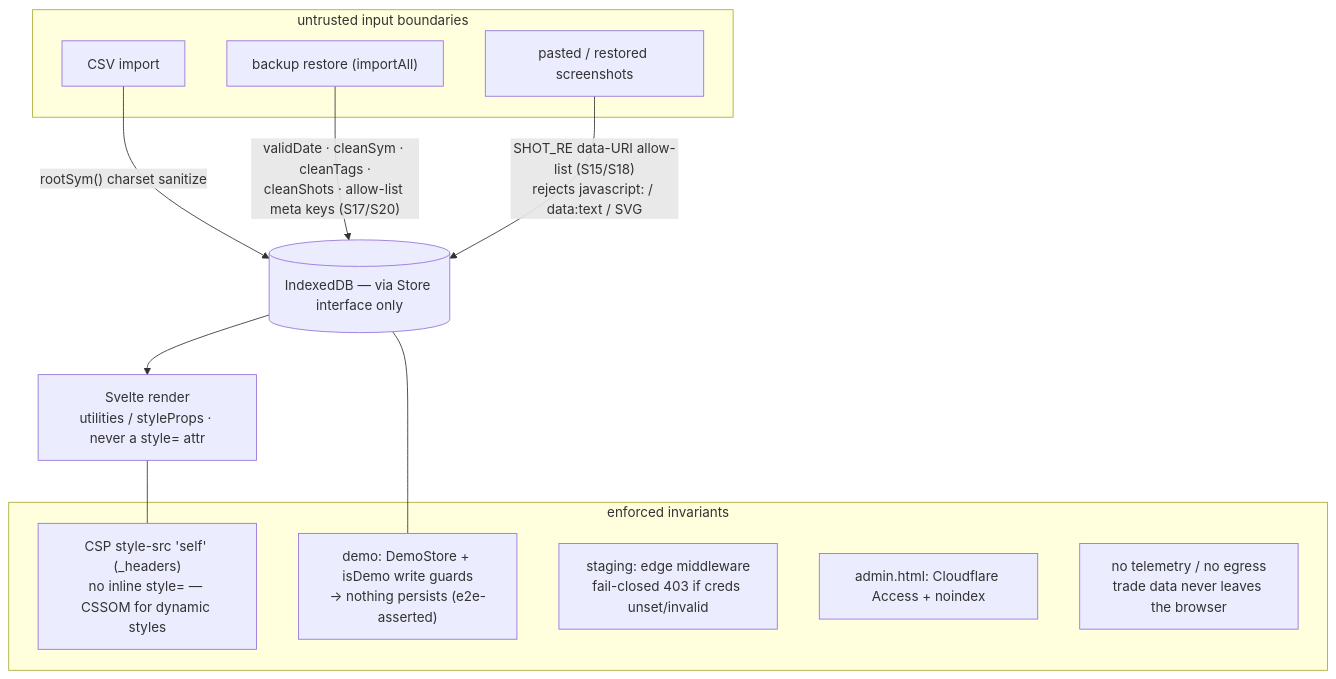
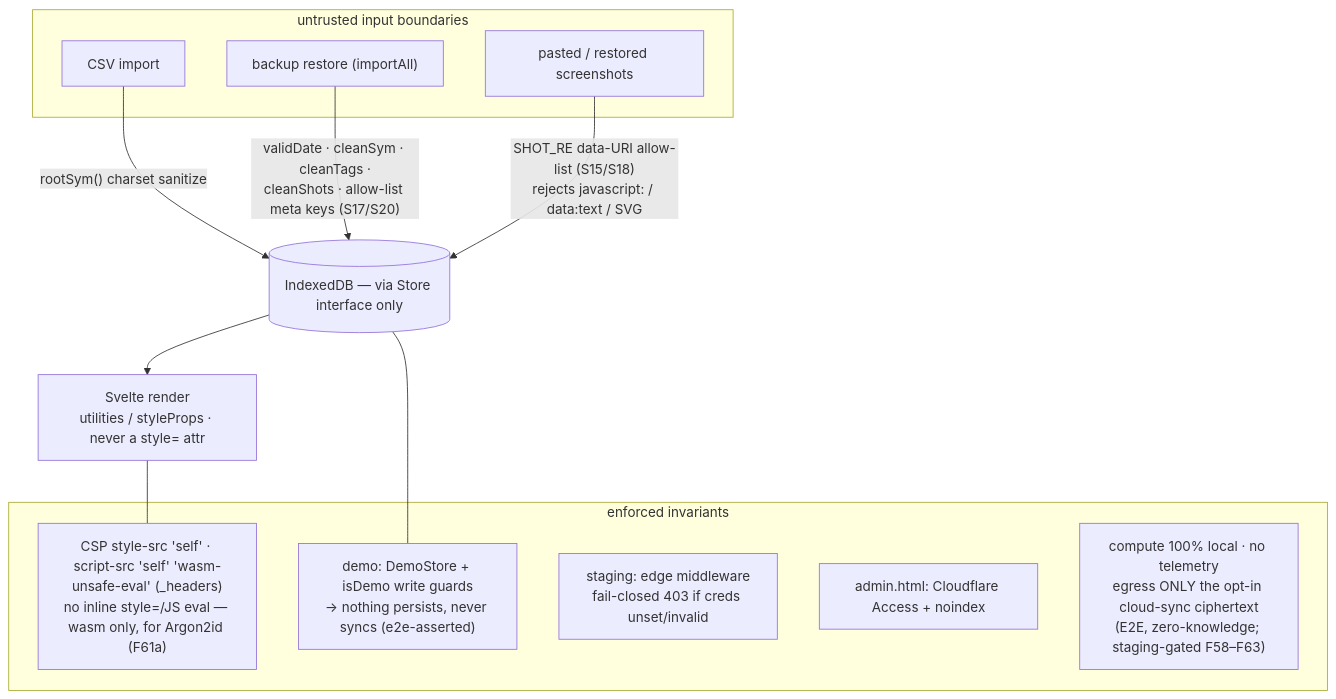
One commit to mitchGuthrieDev/blotterbook changed the diagram in docs/architecture-diagrams/security-trust-boundaries.md. Above: the diagram before and after it, drawn with Mermaid. The commit also changed other lines of this file and 51 other files, not shown here.

First line of the commit message:
feat: named workspaces + end-to-end-encrypted cloud sync (A132, F58–F63) (#119)

````diff
--- a/docs/architecture-diagrams/security-trust-boundaries.md
+++ b/docs/architecture-diagrams/security-trust-boundaries.md
@@ -10,25 +10,25 @@
 ```mermaid
 flowchart TD
     subgraph UNTRUSTED["untrusted input boundaries"]
         CSVIN["CSV import"]
         BACKUP["backup restore (importAll)"]
         SHOTS["pasted / restored screenshots"]
     end
 
     CSVIN -->|"rootSym() charset sanitize"| STORE
     BACKUP -->|"validDate · cleanSym · cleanTags ·<br/>cleanShots · allow-list meta keys (S17/S20)"| STORE
     SHOTS -->|"SHOT_RE data-URI allow-list (S15/S18)<br/>rejects javascript: / data:text / SVG"| STORE
 
     STORE[("IndexedDB — via Store interface only")] --> RENDER["Svelte render<br/>utilities / styleProps · never a style= attr"]
 
     subgraph INVARIANTS["enforced invariants"]
-        CSP["CSP style-src 'self' (_headers)<br/>no inline style= — CSSOM for dynamic styles"]
-        DEMO["demo: DemoStore + isDemo write guards<br/>→ nothing persists (e2e-asserted)"]
+        CSP["CSP style-src 'self' · script-src 'self' 'wasm-unsafe-eval' (_headers)<br/>no inline style=/JS eval — wasm only, for Argon2id (F61a)"]
+        DEMO["demo: DemoStore + isDemo write guards<br/>→ nothing persists, never syncs (e2e-asserted)"]
         STG["staging: edge middleware<br/>fail-closed 403 if creds unset/invalid"]
         ADMIN["admin.html: Cloudflare Access + noindex"]
-        LOCAL["no telemetry / no egress<br/>trade data never leaves the browser"]
+        LOCAL["compute 100% local · no telemetry<br/>egress ONLY the opt-in cloud-sync ciphertext<br/>(E2E, zero-knowledge; staging-gated F58–F63)"]
     end
 
     RENDER --- CSP
     STORE --- DEMO
 ```
````
